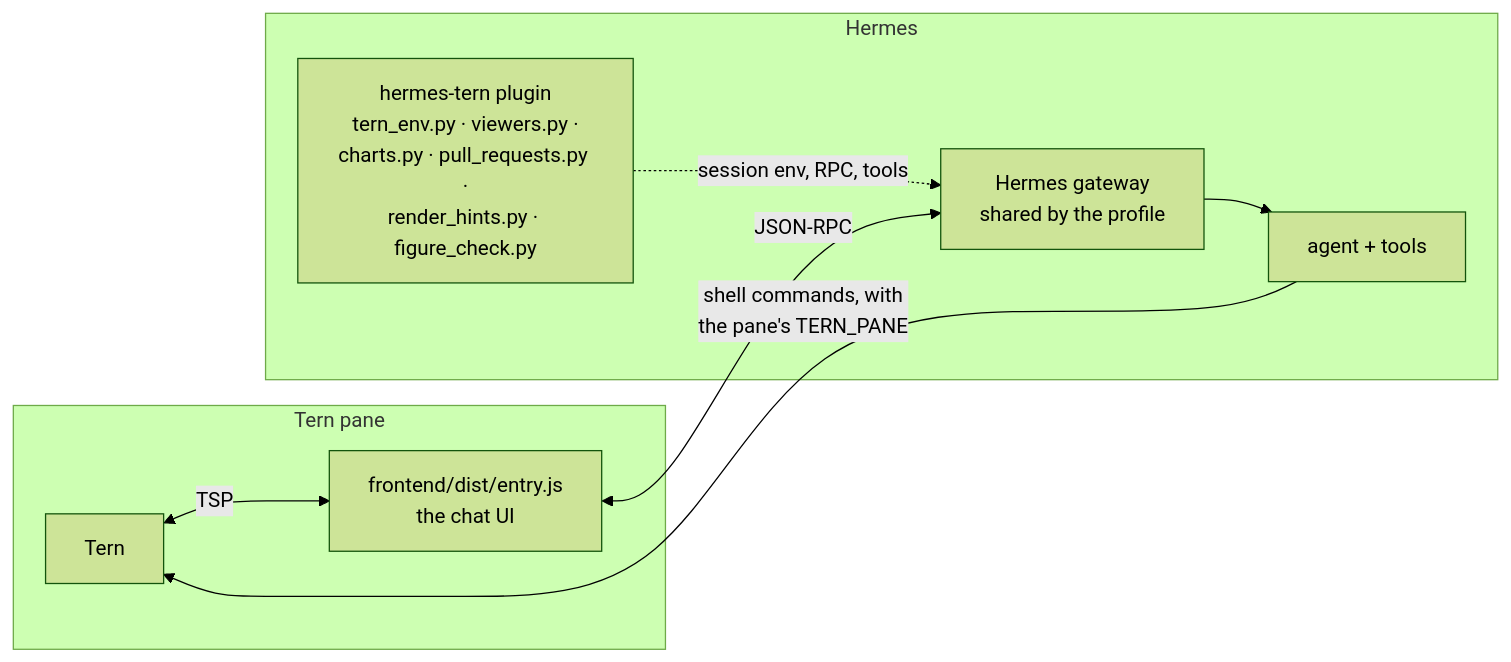
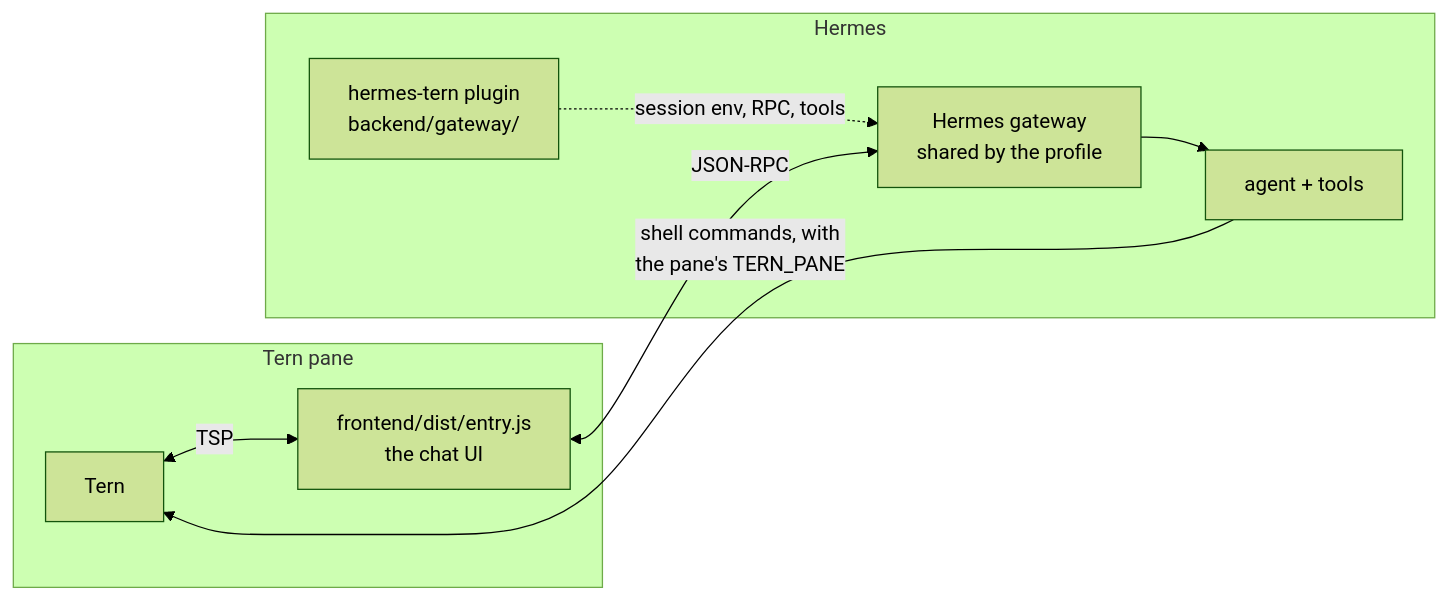
The diagram in README.md (alt-glitch/hermes-tern), drawn with Mermaid (forest theme) before and after one commit. The commit also changed other lines of this file and 43 other files, not shown here.

First line of the commit message:
refactor: the Python half under backend/{launch,gateway,shared}, one launch spec, no module-level ctx (#115)

````diff
--- a/README.md
+++ b/README.md
@@ -193,12 +193,12 @@
 ```mermaid
 flowchart LR
   subgraph Tern pane
     T[Tern] <-->|TSP| F[frontend/dist/entry.js<br/>the chat UI]
   end
   F <-->|JSON-RPC| G[Hermes gateway<br/>shared by the profile]
   subgraph Hermes
     G --> A[agent + tools]
-    P[hermes-tern plugin<br/>tern_env.py · viewers.py ·<br/>charts.py · pull_requests.py ·<br/>render_hints.py · figure_check.py] -.session env, RPC, tools.-> G
+    P[hermes-tern plugin<br/>backend/gateway/] -.session env, RPC, tools.-> G
   end
   A -->|shell commands, with<br/>the pane's TERN_PANE| T
 ```
````
